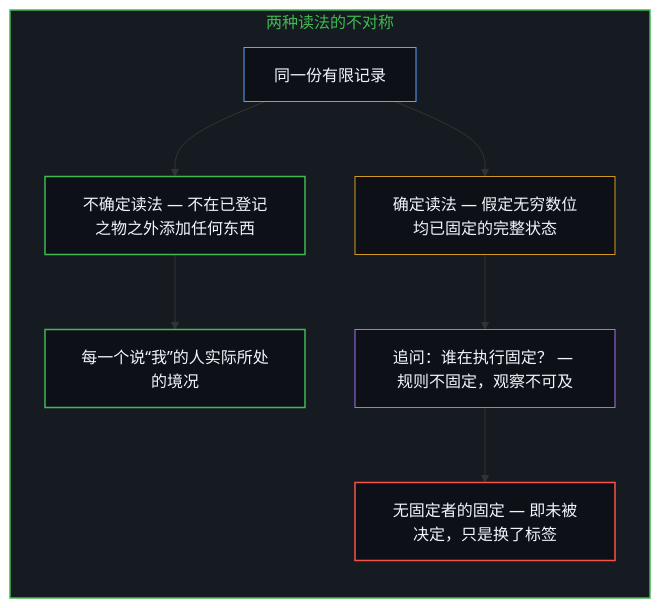
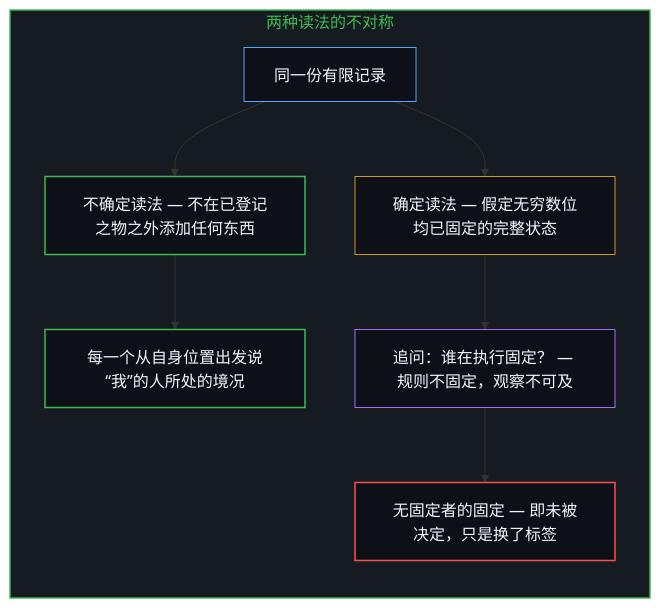
One commit to powerpig99/not-a-toe changed the fifth of 10 diagrams in content/posts/fixed-by-nothing.md. Above: the diagram before and after it, drawn with Mermaid. The commit also changed other lines of this file and 12 other files, not shown here.

````diff
--- a/content/posts/fixed-by-nothing.md
+++ b/content/posts/fixed-by-nothing.md
@@ -125,18 +125,18 @@
 ```mermaid
 flowchart TD
     subgraph S_Asymmetry ["两种读法的不对称"]
         direction TB
         R0["同一份有限记录"] --> R1["不确定读法 — 不在已登记之物之外添加任何东西"]
         R0 --> R2["确定读法 — 假定无穷数位均已固定的完整状态"]
-        R1 --> R5["每一个说“我”的人实际所处的境况"]
+        R1 --> R5["每一个从自身位置出发说“我”的人所处的境况"]
         R2 --> R3["追问：谁在执行固定？ — 规则不固定，观察不可及"]
         R3 --> R4["无固定者的固定 — 即未被决定，只是换了标签"]
     end
     style S_Asymmetry fill:#161b22,stroke:#3fb950,stroke-width:1.5px,color:#3fb950
     style R0 fill:#0d1117,stroke:#58a6ff,stroke-width:1px,color:#f0f6fc
     style R1 fill:#0d1117,stroke:#3fb950,stroke-width:1.5px,color:#f0f6fc
     style R5 fill:#0d1117,stroke:#3fb950,stroke-width:1.5px,color:#f0f6fc
     style R2 fill:#0d1117,stroke:#d29922,stroke-width:1px,color:#f0f6fc
     style R3 fill:#0d1117,stroke:#a371f7,stroke-width:1px,color:#f0f6fc
     style R4 fill:#0d1117,stroke:#f85149,stroke-width:1.5px,color:#f0f6fc
 ```
````
